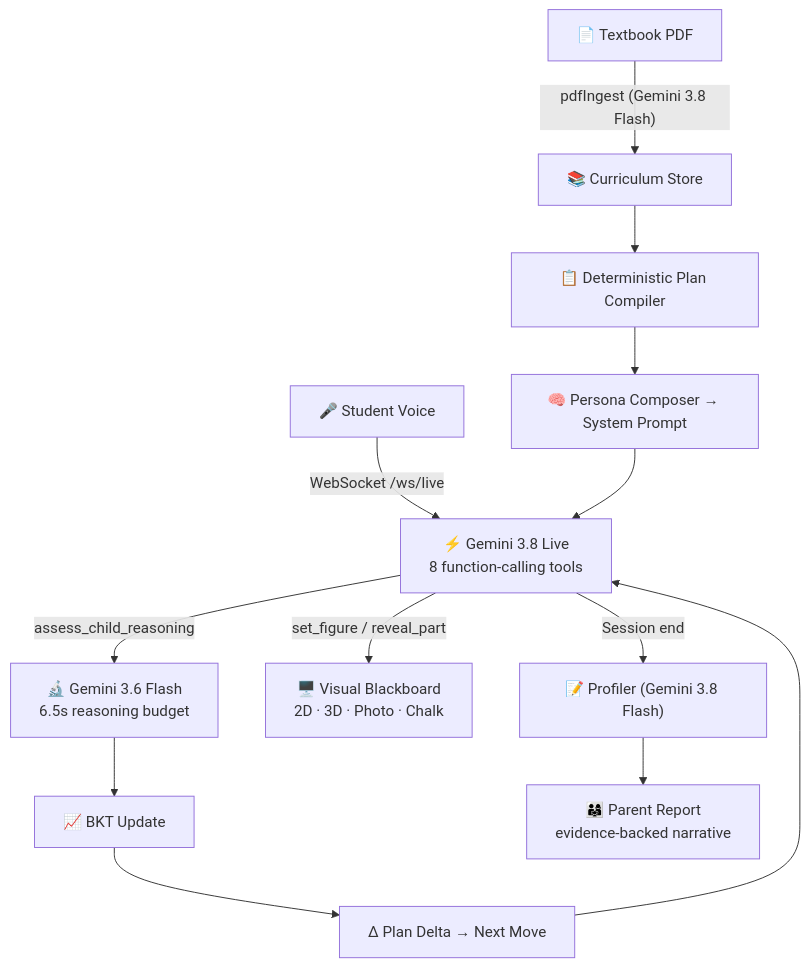
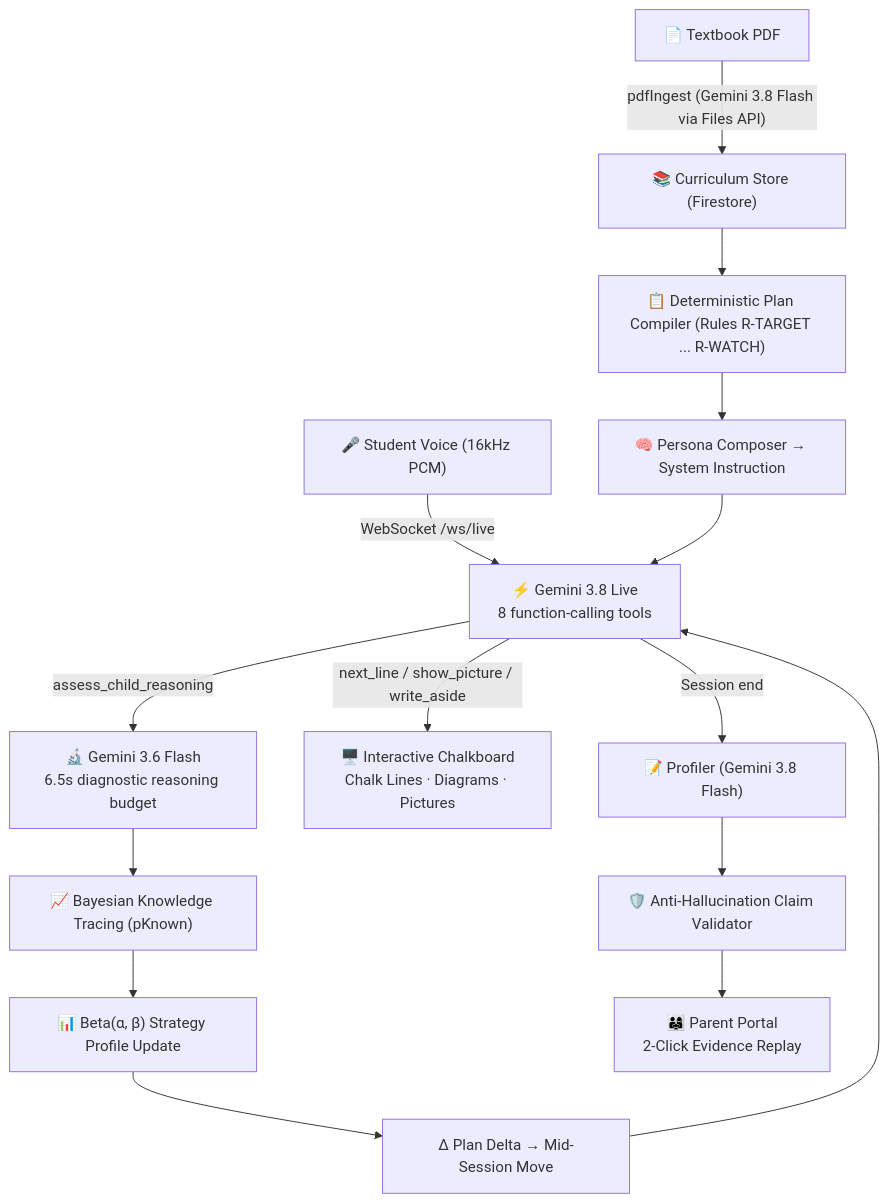
The diagram in README.md (sur2rock1/AI_Builder_cup_2026), drawn with Mermaid before and after one commit. The commit also changed other lines of this file and 4 other files, not shown here.

````diff
--- a/README.md
+++ b/README.md
@@ -32,19 +48,21 @@
 ```mermaid
 flowchart TD
-    PDF["📄 Textbook PDF"] -->|"pdfIngest (Gemini 3.8 Flash)"| CUR["📚 Curriculum Store"]
-    CUR --> PLAN["📋 Deterministic Plan Compiler"]
-    PLAN --> SYS["🧠 Persona Composer → System Prompt"]
+    PDF["📄 Textbook PDF"] -->|"pdfIngest (Gemini 3.8 Flash via Files API)"| CUR["📚 Curriculum Store (Firestore)"]
+    CUR --> PLAN["📋 Deterministic Plan Compiler (Rules R-TARGET ... R-WATCH)"]
+    PLAN --> SYS["🧠 Persona Composer → System Instruction"]
 
-    STU["🎤 Student Voice"] -->|"WebSocket /ws/live"| LIVE["⚡ Gemini 3.8 Live<br/>8 function-calling tools"]
+    STU["🎤 Student Voice (16kHz PCM)"] -->|"WebSocket /ws/live"| LIVE["⚡ Gemini 3.8 Live<br/>8 function-calling tools"]
     SYS --> LIVE
 
-    LIVE -->|"assess_child_reasoning"| DIAG["🔬 Gemini 3.6 Flash<br/>6.5s reasoning budget"]
-    LIVE -->|"set_figure / reveal_part"| BOARD["🖥️ Visual Blackboard<br/>2D · 3D · Photo · Chalk"]
+    LIVE -->|"assess_child_reasoning"| DIAG["🔬 Gemini 3.6 Flash<br/>6.5s diagnostic reasoning budget"]
+    LIVE -->|"next_line / show_picture / write_aside"| BOARD["🖥️ Interactive Chalkboard<br/>Chalk Lines · Diagrams · Pictures"]
 
-    DIAG --> BKT["📈 BKT Update"]
-    BKT --> DELTA["Δ Plan Delta → Next Move"]
+    DIAG --> BKT["📈 Bayesian Knowledge Tracing (pKnown)"]
+    BKT --> STRAT["📊 Beta(α, β) Strategy Profile Update"]
+    STRAT --> DELTA["Δ Plan Delta → Mid-Session Move"]
     DELTA --> LIVE
 
     LIVE -->|"Session end"| PROF["📝 Profiler (Gemini 3.8 Flash)"]
-    PROF --> PARENT["👨‍👩‍👧 Parent Report<br/>evidence-backed narrative"]
+    PROF --> VAL["🛡️ Anti-Hallucination Claim Validator"]
+    VAL --> PARENT["👨‍👩‍👧 Parent Portal<br/>2-Click Evidence Replay"]
 ```
````
